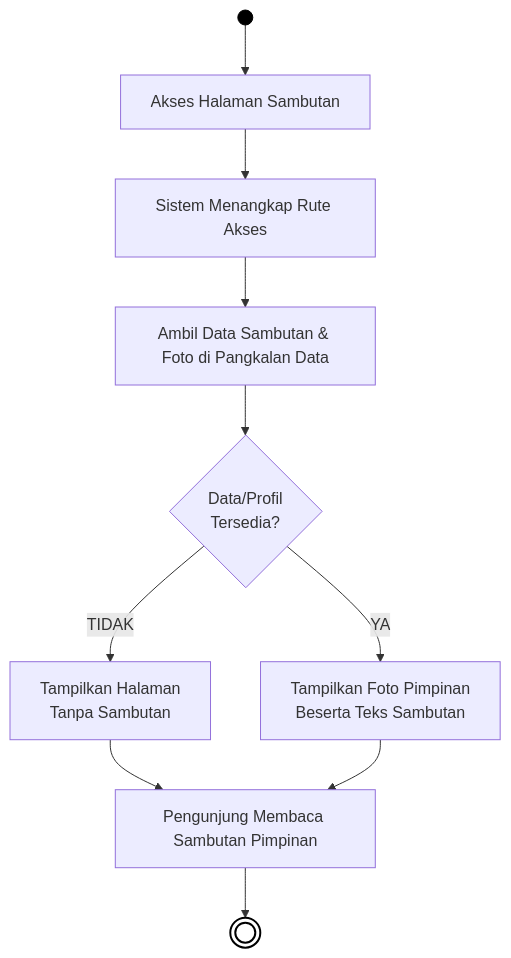
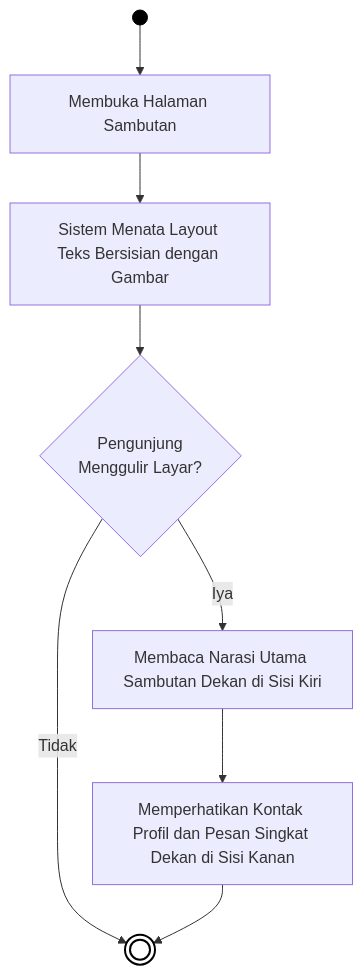
Before and after one commit to arbain-dev/Web_fikom: the third of 6 diagrams in docs/01B_DIAGRAM_AKTIVITAS_PUBLIK.md, drawn with Mermaid. The commit also changed other lines of this file, not shown here.

Commit message:
docs: overhaul diagram aktivitas publik menjadi flowchart interaktif UX nyata

````diff
--- a/docs/01B_DIAGRAM_AKTIVITAS_PUBLIK.md
+++ b/docs/01B_DIAGRAM_AKTIVITAS_PUBLIK.md
@@ -68,19 +87,16 @@
 ```mermaid
 flowchart TD
-    Start(( )) --> A[Akses Halaman Sambutan]
+    Start(( )) --> A[Membuka Halaman Sambutan]
     
-    A --> B[Sistem Menangkap Rute Akses]
-    B --> C[Ambil Data Sambutan & Foto di Pangkalan Data]
-    C --> D{Data/Profil\nTersedia?}
+    A --> B[Sistem Menata Layout Teks Bersisian dengan Gambar]
+    B --> C{Pengunjung\nMenggulir Layar?}
     
-    D -- TIDAK --> E[Tampilkan Halaman\nTanpa Sambutan]
-    E --> G
+    C -- Tidak --> End((( )))
     
-    D -- YA --> F[Tampilkan Foto Pimpinan\nBeserta Teks Sambutan]
-    F --> G
-    
-    G[Pengunjung Membaca Sambutan Pimpinan] --> End((( )))
+    C -- Iya --> D[Membaca Narasi Utama Sambutan Dekan di Sisi Kiri]
+    D --> E[Memperhatikan Kontak Profil dan Pesan Singkat Dekan di Sisi Kanan]
+    E --> End
     
     style Start fill:#000,stroke:#000,color:#000
     style End fill:#fff,stroke:#000,stroke-width:2px
 ```
````
